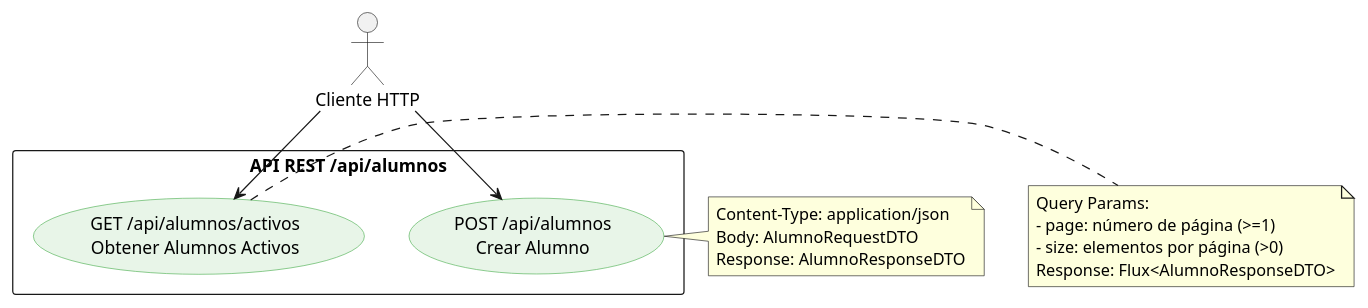
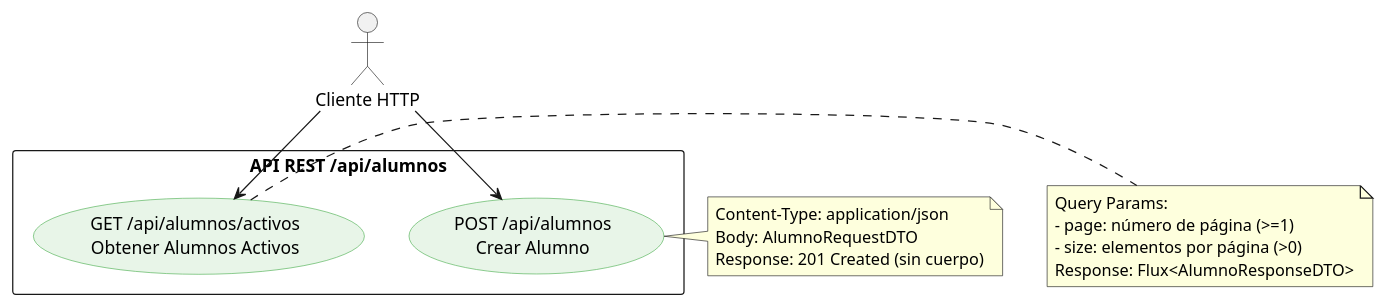
One commit to beta3000/webflux-alumnos changed the seventh of 7 diagrams in docs/index.adoc. Above: the diagram before and after it, drawn with PlantUML. The commit also changed other lines of this file and 4 other files, not shown here.

```diff
--- a/docs/index.adoc
+++ b/docs/index.adoc
@@ -527,33 +541,33 @@
 [plantuml, api-endpoints, png]
 ----
 @startuml
 skinparam usecase {
   BackgroundColor #E8F5E8
   BorderColor #4CAF50
 }
 
 actor "Cliente HTTP" as client
 
 rectangle "API REST /api/alumnos" {
   usecase "POST /api/alumnos\nCrear Alumno" as create
   usecase "GET /api/alumnos/activos\nObtener Alumnos Activos" as getActive
 }
 
 client --> create
 client --> getActive
 
 note right of create
   Content-Type: application/json
   Body: AlumnoRequestDTO
-  Response: AlumnoResponseDTO
+  Response: 201 Created (sin cuerpo)
 end note
 
 note right of getActive
   Query Params:
   - page: número de página (>=1)
   - size: elementos por página (>0)
   Response: Flux<AlumnoResponseDTO>
 end note
 
 @enduml
 ----
```
